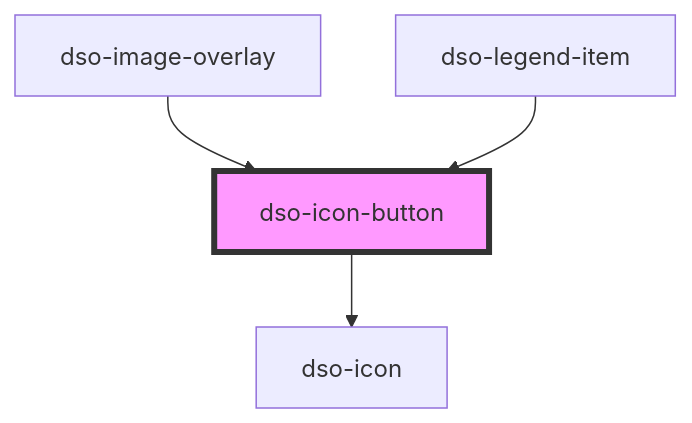
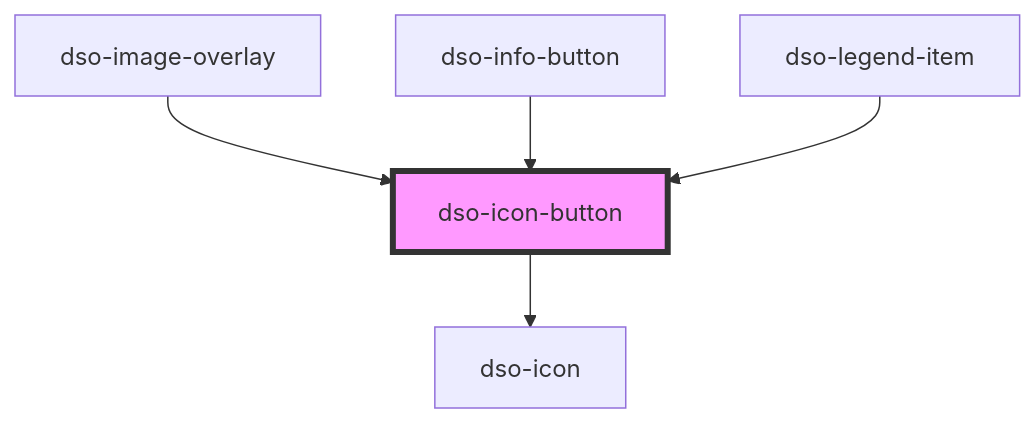
The diagram in packages/core/src/components/icon-button/readme.md (dso-toolkit/dso-toolkit), drawn with Mermaid before and after one commit. The commit also changed other lines of this file and 11 other files, not shown here.

Commit message:
#2315 [Added] Icon Button: Adds icon-button to info-button. Secondary yet ToDo

````diff
--- a/packages/core/src/components/icon-button/readme.md
+++ b/packages/core/src/components/icon-button/readme.md
@@ -50,7 +51,8 @@
 ```mermaid
 graph TD;
   dso-icon-button --> dso-icon
   dso-image-overlay --> dso-icon-button
+  dso-info-button --> dso-icon-button
   dso-legend-item --> dso-icon-button
   style dso-icon-button fill:#f9f,stroke:#333,stroke-width:4px
 ```
````
